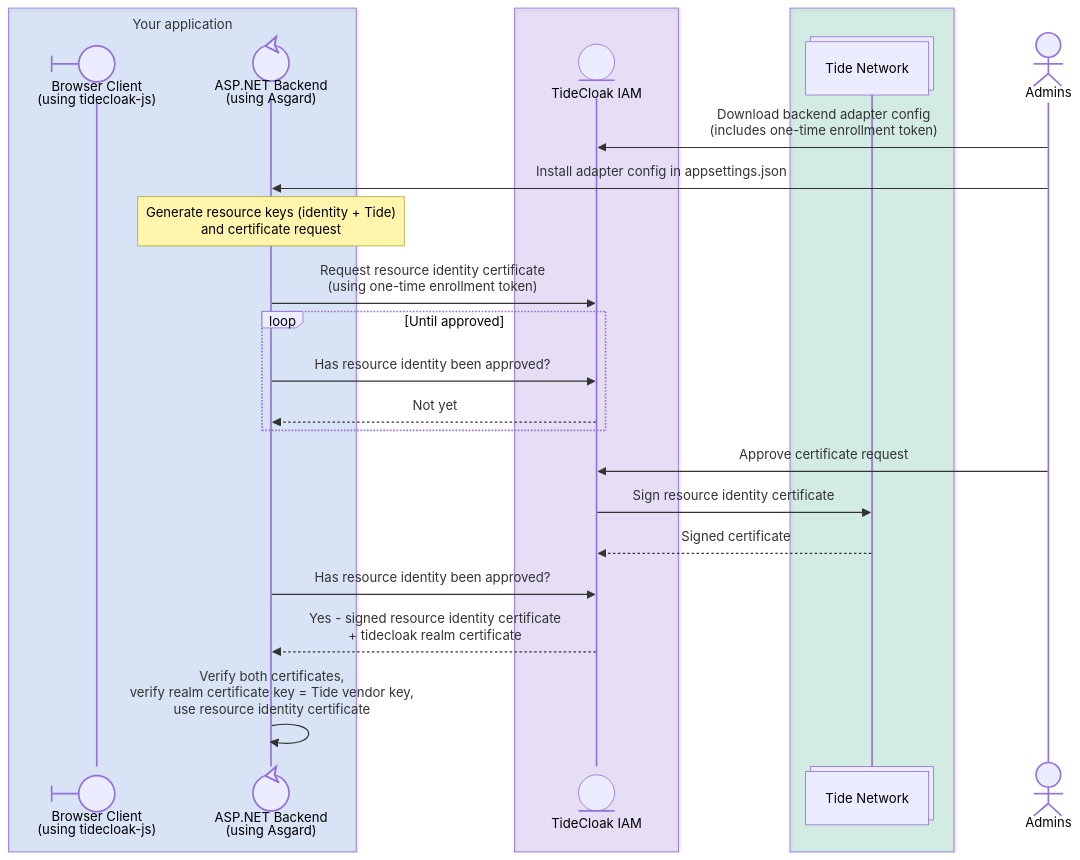
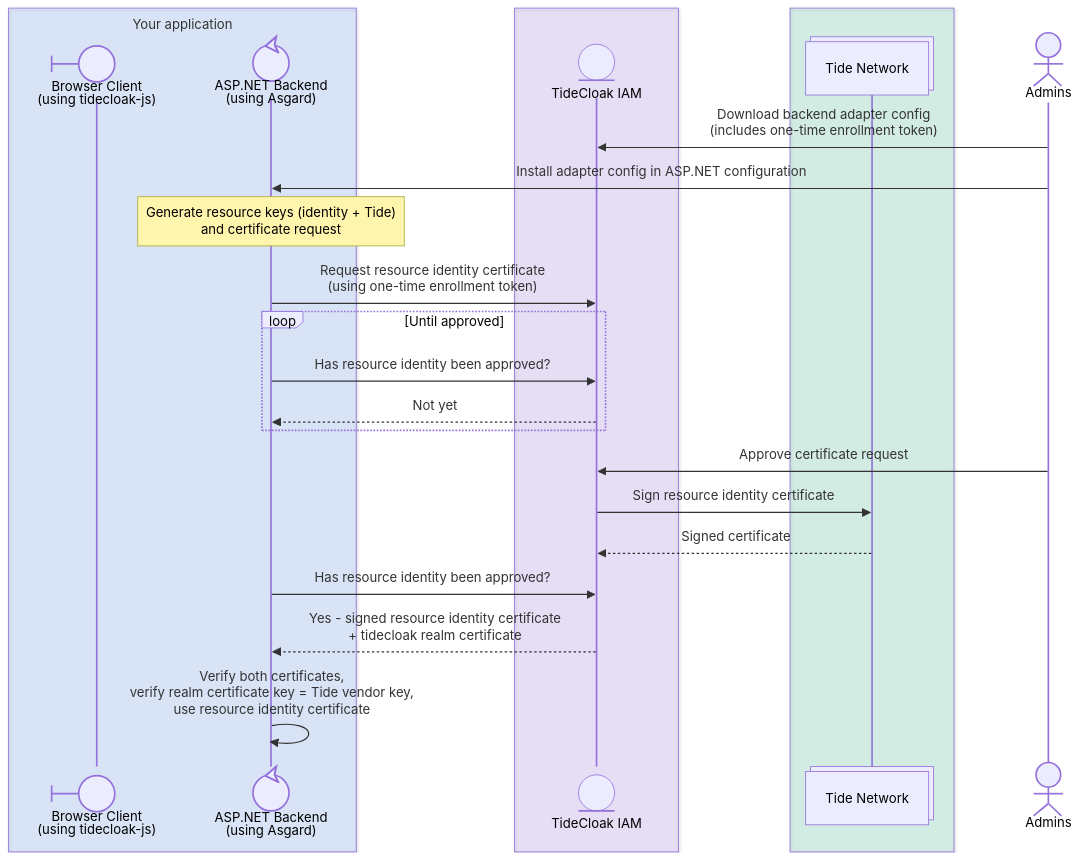
The first of 3 diagrams in README.md (tide-foundation/asgard), drawn with Mermaid before and after one commit. The commit also changed other lines of this file, not shown here.

````diff
--- a/README.md
+++ b/README.md
@@ -19,33 +85,33 @@
 ```mermaid
 sequenceDiagram
     box rgba(59, 130, 246, 0.15) Your application
         participant Browser@{ "type": "boundary", "alias": "Browser Client<br/>(using tidecloak-js)" }
         participant Backend@{ "type": "control", "alias": "ASP.NET Backend<br/>(using Asgard)" }
     end
     box rgba(139, 92, 246, 0.15)
         participant TideCloak@{ "type": "entity", "alias": "TideCloak IAM" }
     end
     box rgba(16, 185, 129, 0.15)
         participant TideNetwork@{ "type": "collections", "alias": "Tide Network" }
     end
     actor Admins
 
     Admins->>TideCloak: Download backend adapter config<br/>(includes one-time enrollment token)
-    Admins->>Backend: Install adapter config in appsettings.json
+    Admins->>Backend: Install adapter config in ASP.NET configuration
 
     Note over Backend: Generate resource keys (identity + Tide)<br/>and certificate request
     Backend->>TideCloak: Request resource identity certificate<br/>(using one-time enrollment token)
 
     loop Until approved
         Backend->>TideCloak: Has resource identity been approved?
         TideCloak-->>Backend: Not yet
     end
 
     Admins->>TideCloak: Approve certificate request
     TideCloak->>TideNetwork: Sign resource identity certificate
     TideNetwork-->>TideCloak: Signed certificate
 
     Backend->>TideCloak: Has resource identity been approved?
     TideCloak-->>Backend: Yes - signed resource identity certificate<br/>+ tidecloak realm certificate
     Backend->>Backend: Verify both certificates,<br/>verify realm certificate key = Tide vendor key,<br/>use resource identity certificate
 ```
````
